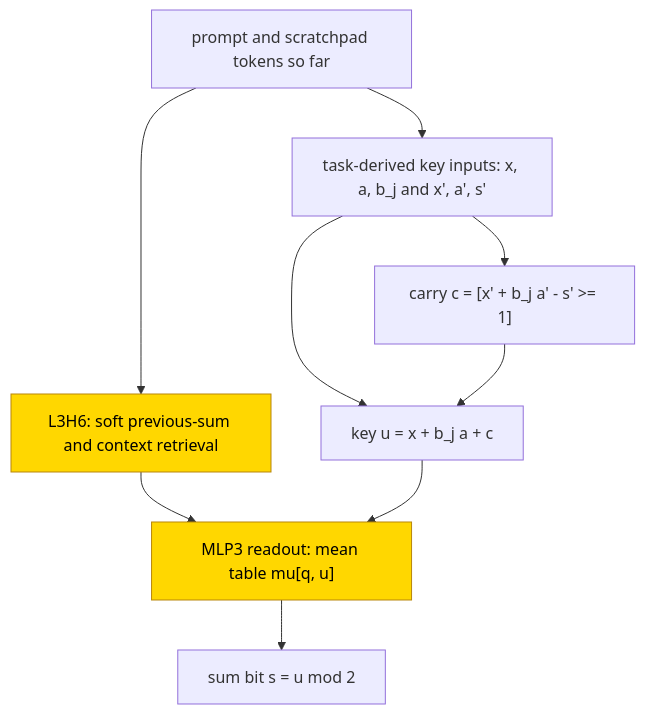
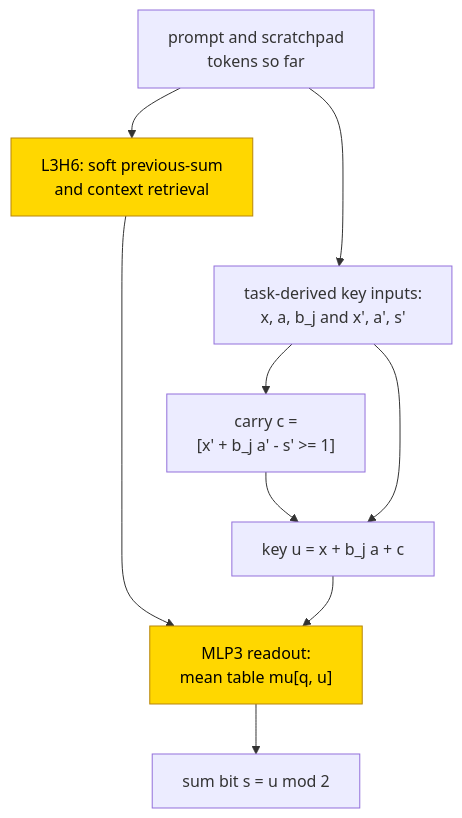
Before and after one commit to jc1122/mechanistic-interpretability-circuit-atlas: the second of 2 diagrams in entries/multiplication.md, drawn with Mermaid. The commit also changed other lines of this file and 40 other files, not shown here.

First line of the commit message:
Cold-reader pass on all 41 entries: reading routes, first-screen scopes, accessible diagrams, verified headline sources (ux_reader1/2)

````diff
--- a/entries/multiplication.md
+++ b/entries/multiplication.md
@@ -229,13 +240,17 @@
 ```mermaid
 flowchart TD
-    T["prompt and scratchpad tokens so far"] --> H6["L3H6: soft previous-sum and context retrieval"]
-    T --> F["task-derived key inputs: x, a, b_j and x', a', s'"]
-    F --> C["carry c = [x' + b_j a' - s' >= 1]"]
+    accTitle: Mean-table multiplication readout
+    accDescr: A trained retrieval head and final MLP contribute to the scratchpad output. The arithmetic key is supplied by the task-based test. A mean replacement is a sufficient readout only, with no verified internal carry circuit.
+    T["prompt and scratchpad<br/>tokens so far"] --> H6["L3H6: soft previous-sum<br/>and context retrieval"]
+    T --> F["task-derived key inputs:<br/>x, a, b_j and x', a', s'"]
+    F --> C["carry c =<br/>[x' + b_j a' - s' >= 1]"]
     F --> U["key u = x + b_j a + c"]
     C --> U
-    H6 --> M["MLP3 readout: mean table mu[q, u]"]
+    H6 --> M["MLP3 readout:<br/>mean table mu[q, u]"]
     U --> M
+    %% Invisible link stacks the separate key path; it is not a network path.
+    H6 ~~~ F
     M --> S["sum bit s = u mod 2"]
     classDef trained fill:gold,stroke:darkgoldenrod,color:black
     class H6,M trained
 ```
````
